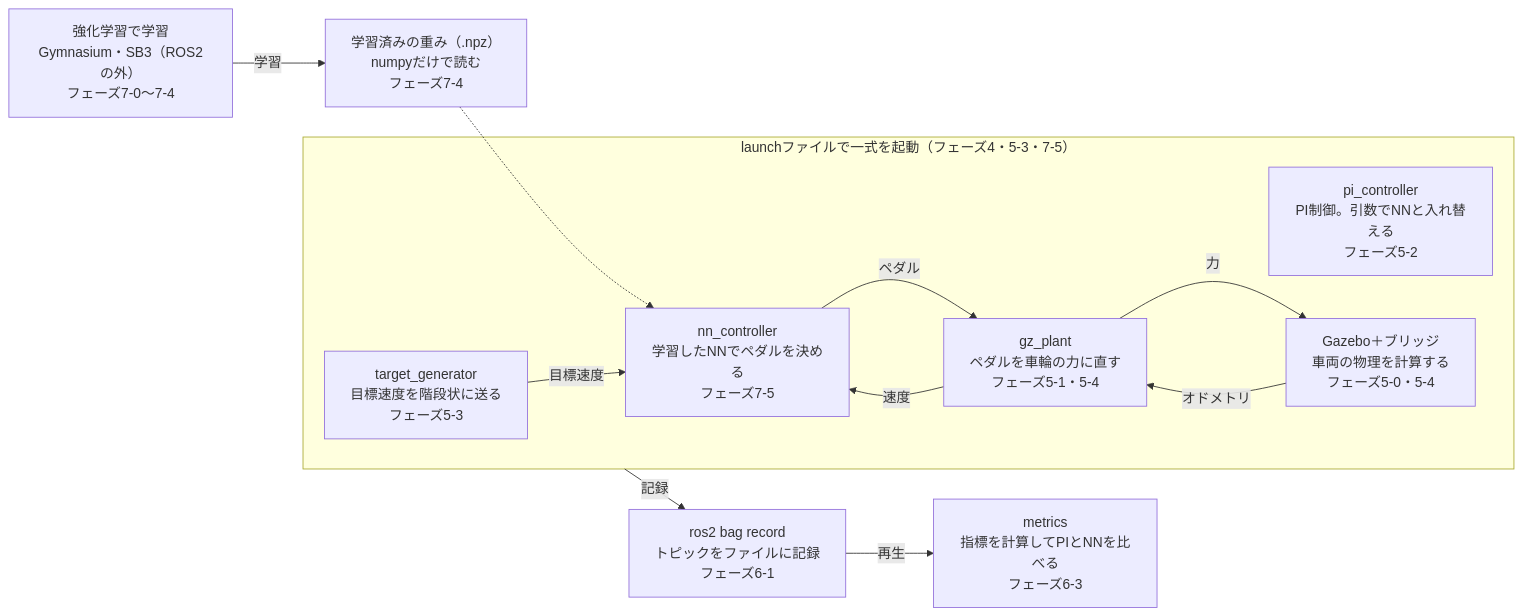
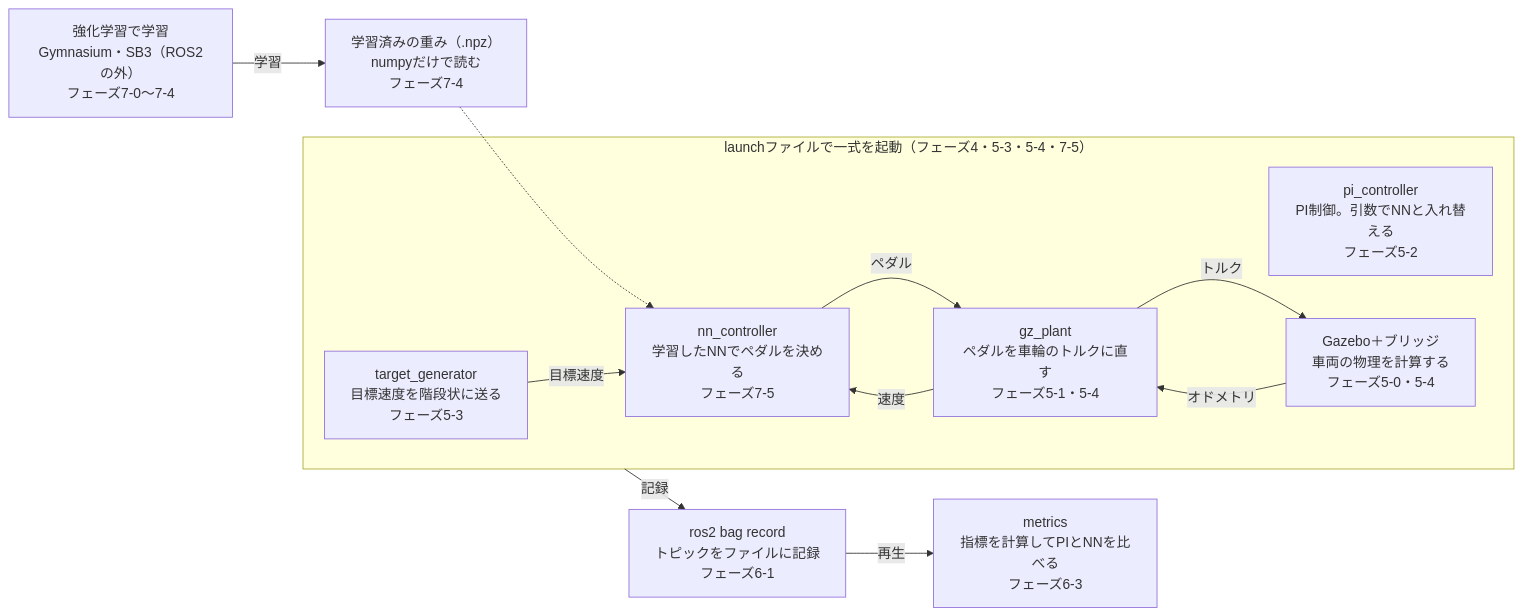
One commit to SanghunIm1991/ros2MinimalPhysicalAi changed the first of 2 diagrams in README.md. Above: the diagram before and after it, drawn with Mermaid. The commit also changed other lines of this file and 6 other files, not shown here.

Commit message:
[claude] 最終ゴールの改修の、学習者の立場のレビューへの対応（ユーザー指示「全て修正してください」）。ブリッジとGazeboの本体の書き方、入れ替えるときに変える設定、最初のゴールと必須の範囲の書き分け、図の「トルク」、区分の名前（最終ゴールまで）などを直し、QA表に記録

````diff
--- a/README.md
+++ b/README.md
@@ -41,19 +41,19 @@
 ```mermaid
 flowchart LR
     RL["強化学習で学習<br/>Gymnasium・SB3（ROS2の外）<br/>フェーズ7-0〜7-4"] -- "学習" --> W["学習済みの重み（.npz）<br/>numpyだけで読む<br/>フェーズ7-4"]
-    subgraph L["launchファイルで一式を起動（フェーズ4・5-3・7-5）"]
+    subgraph L["launchファイルで一式を起動（フェーズ4・5-3・5-4・7-5）"]
         TG["target_generator<br/>目標速度を階段状に送る<br/>フェーズ5-3"]
         NN["nn_controller<br/>学習したNNでペダルを決める<br/>フェーズ7-5"]
         PI["pi_controller<br/>PI制御。引数でNNと入れ替える<br/>フェーズ5-2"]
-        PL["gz_plant<br/>ペダルを車輪の力に直す<br/>フェーズ5-1・5-4"]
+        PL["gz_plant<br/>ペダルを車輪のトルクに直す<br/>フェーズ5-1・5-4"]
         GZ["Gazebo＋ブリッジ<br/>車両の物理を計算する<br/>フェーズ5-0・5-4"]
     end
     W -.-> NN
     TG -- "目標速度" --> NN
     NN -- "ペダル" --> PL
     PL -- "速度" --> NN
-    PL -- "力" --> GZ
+    PL -- "トルク" --> GZ
     GZ -- "オドメトリ" --> PL
     L -- "記録" --> REC["ros2 bag record<br/>トピックをファイルに記録<br/>フェーズ6-1"]
     REC -- "再生" --> MET["metrics<br/>指標を計算してPIとNNを比べる<br/>フェーズ6-3"]
 ```
````
